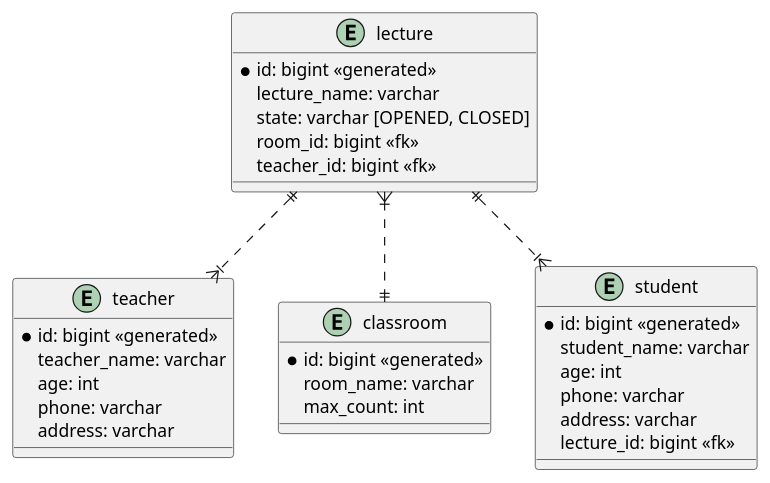
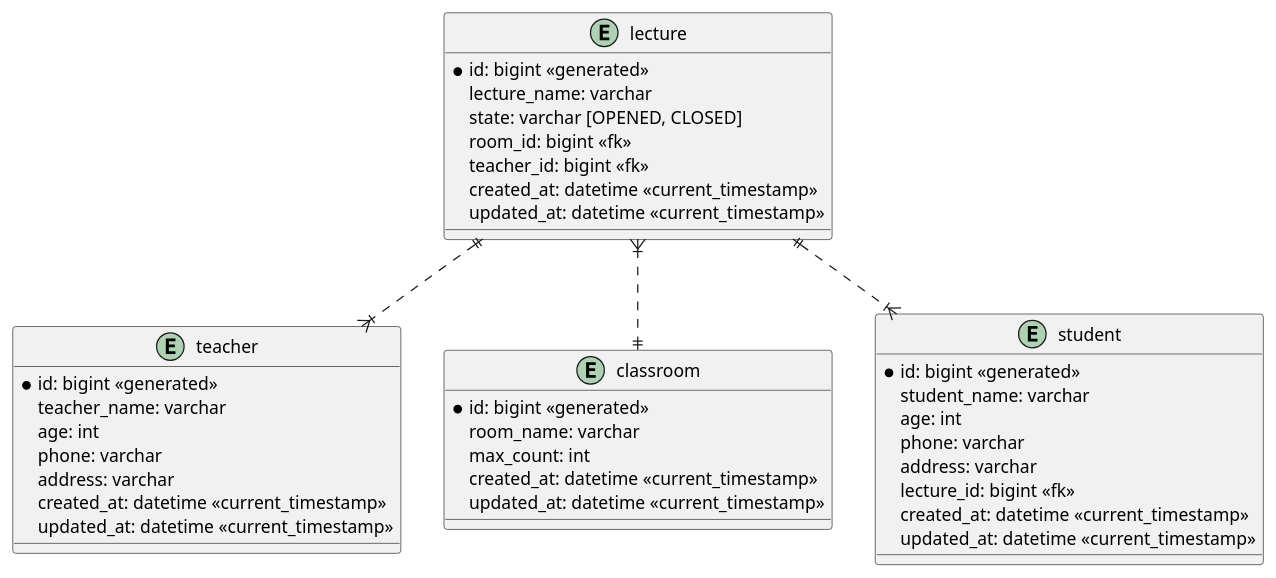
Before and after one commit to bswsw/tc-jpa-study: the diagram in src/main/kotlin/com/tc/jpastudy/repository/erd.puml, drawn with PlantUML. The commit also changed 6 other files, not shown here.

```diff
--- a/src/main/kotlin/com/tc/jpastudy/repository/erd.puml
+++ b/src/main/kotlin/com/tc/jpastudy/repository/erd.puml
@@ -5,38 +5,46 @@
 @startuml
 
 entity teacher {
   * id: bigint <<generated>>
   teacher_name: varchar
   age: int
   phone: varchar
   address: varchar
+  created_at: datetime <<current_timestamp>>
+  updated_at: datetime <<current_timestamp>>
 }
 
 entity classroom {
   * id: bigint <<generated>>
   room_name: varchar
   max_count: int
+  created_at: datetime <<current_timestamp>>
+  updated_at: datetime <<current_timestamp>>
 }
 
 entity student {
   * id: bigint <<generated>>
   student_name: varchar
   age: int
   phone: varchar
   address: varchar
   lecture_id: bigint <<fk>>
+  created_at: datetime <<current_timestamp>>
+  updated_at: datetime <<current_timestamp>>
 }
 
 entity lecture {
   * id: bigint <<generated>>
   lecture_name: varchar
   state: varchar [OPENED, CLOSED]
   room_id: bigint <<fk>>
   teacher_id: bigint <<fk>>
+  created_at: datetime <<current_timestamp>>
+  updated_at: datetime <<current_timestamp>>
 }
 
 lecture ||..|{ teacher
 lecture }|..|| classroom
 lecture ||..|{ student
 
 @enduml
```
